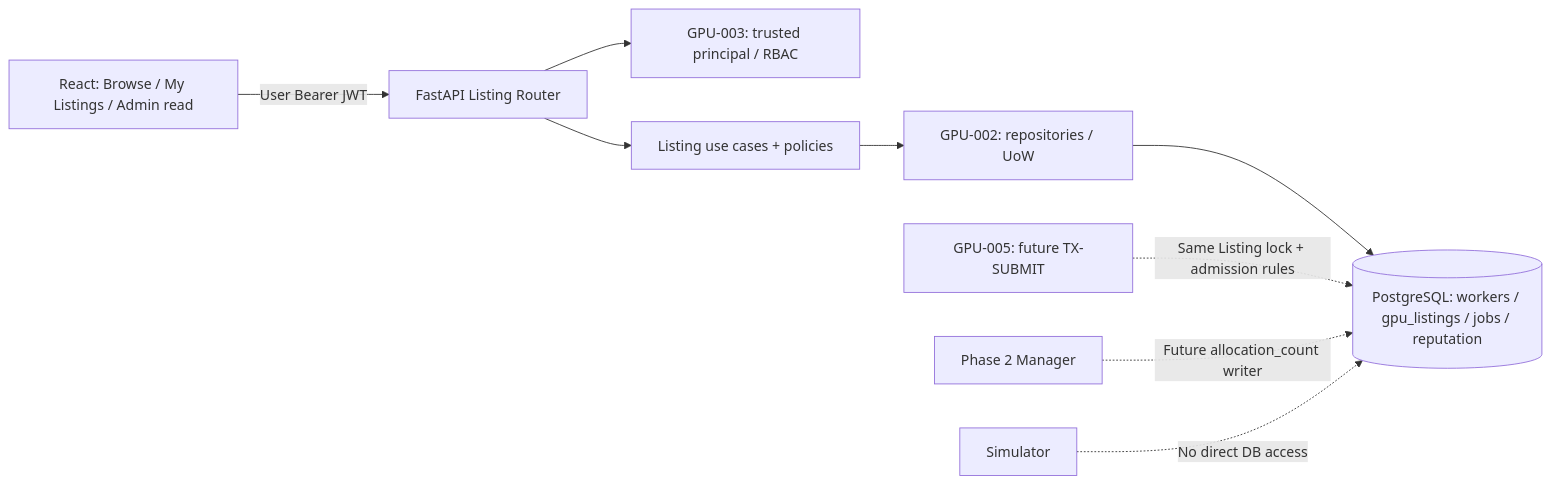
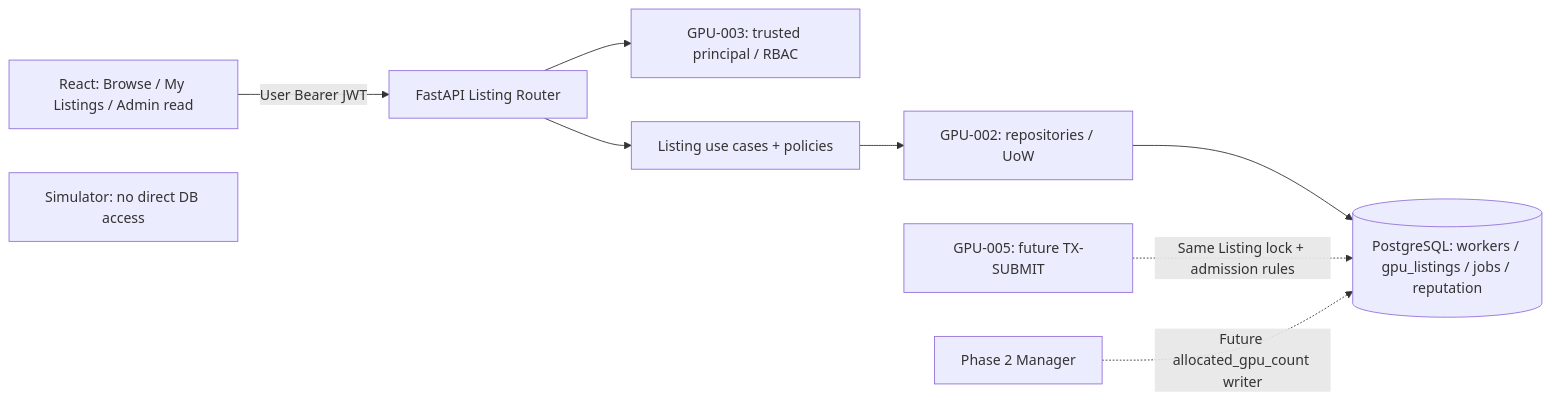
The diagram in docs/architecture/phases/phase1d_gpu_listings.md (SE2026-BC-04/gpu-resource-marketplace), drawn with Mermaid before and after one commit. The commit also changed other lines of this file and 1 other file, not shown here.

First line of the commit message:
docs(listings): align Phase 1D with GPU-004 handoff

````diff
--- a/docs/architecture/phases/phase1d_gpu_listings.md
+++ b/docs/architecture/phases/phase1d_gpu_listings.md
@@ -42,11 +44,11 @@
 ```mermaid
 flowchart LR
     UI[React: Browse / My Listings / Admin read] -->|User Bearer JWT| API[FastAPI Listing Router]
     API --> AUTH[GPU-003: trusted principal / RBAC]
     API --> REG[Listing use cases + policies]
     REG --> UOW[GPU-002: repositories / UoW]
     UOW --> PG[(PostgreSQL: workers / gpu_listings / jobs / reputation)]
     JOB[GPU-005: future TX-SUBMIT] -.->|Same Listing lock + admission rules| PG
-    MAN[Phase 2 Manager] -.->|Future allocation_count writer| PG
-    SIM[Simulator] -.->|No direct DB access| PG
+    MAN[Phase 2 Manager] -.->|Future allocated_gpu_count writer| PG
+    SIM["Simulator: no direct DB access"]
 ```
````
